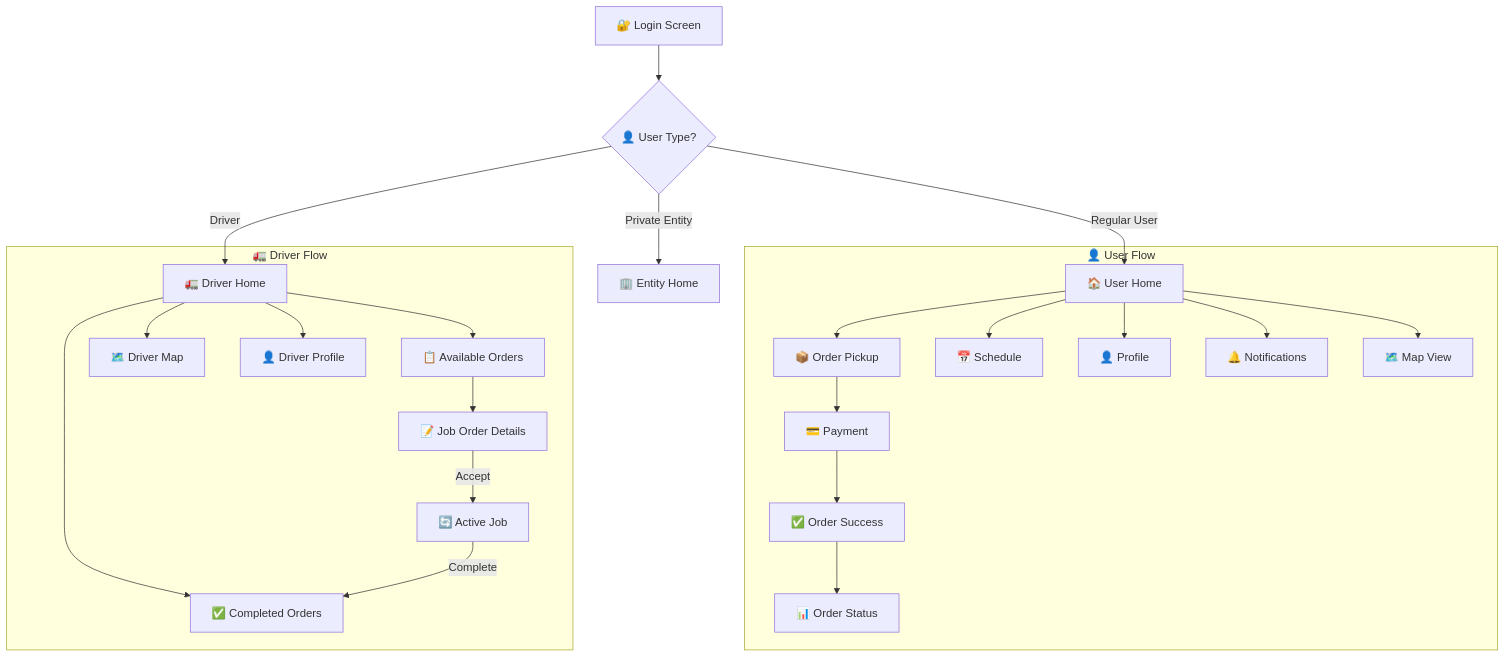
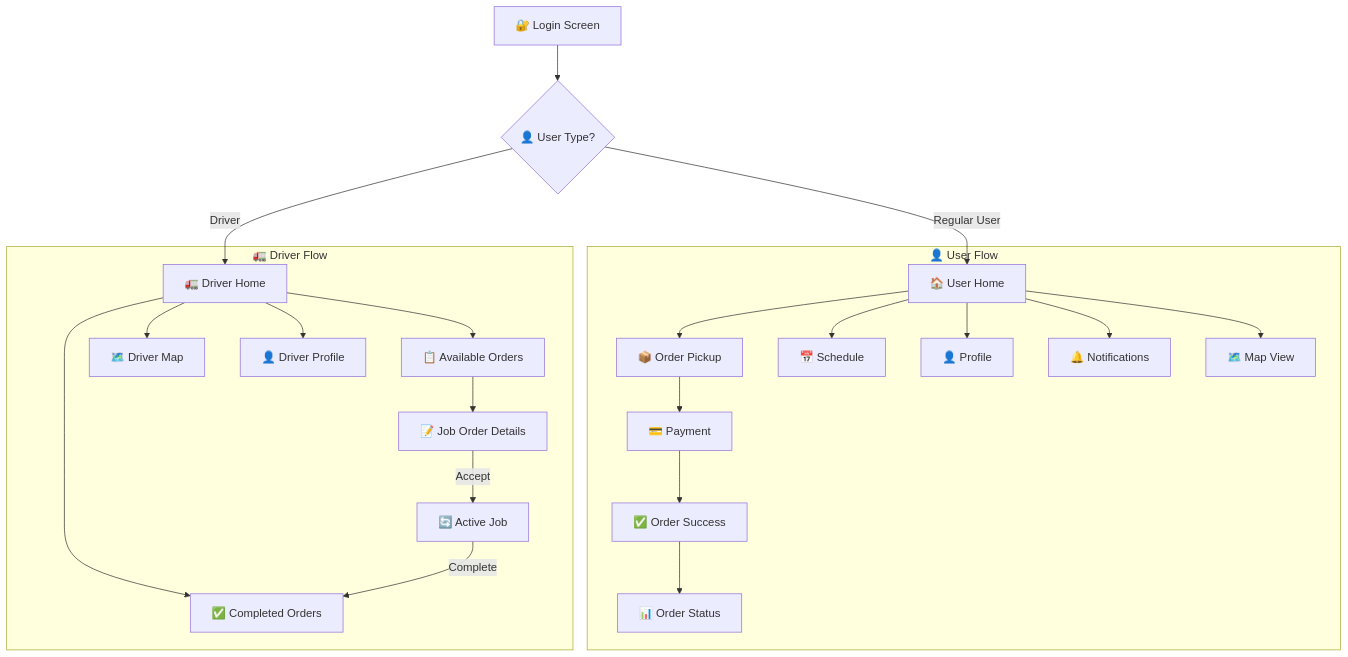
One commit to MarckRamon/EcoTrack-Mobile changed the second of 2 diagrams in README.md. Above: the diagram before and after it, drawn with Mermaid. The commit also changed other lines of this file, not shown here.

````diff
--- a/README.md
+++ b/README.md
@@ -301,34 +301,33 @@
 ```mermaid
 flowchart TD
     Login["🔐 Login Screen"]
     UserType{"👤 User Type?"}
     
     Login --> UserType
     
     UserType -->|"Regular User"| UserHome["🏠 User Home"]
     UserType -->|"Driver"| DriverHome["🚛 Driver Home"]
-    UserType -->|"Private Entity"| EntityHome["🏢 Entity Home"]
     
     subgraph UserFlow["👤 User Flow"]
         UserHome --> OrderPickup["📦 Order Pickup"]
         UserHome --> Schedule["📅 Schedule"]
         UserHome --> Profile["👤 Profile"]
         UserHome --> Notifications["🔔 Notifications"]
         UserHome --> MapPicker["🗺️ Map View"]
 
         OrderPickup --> Payment["💳 Payment"]
         Payment --> OrderSuccess["✅ Order Success"]
         OrderSuccess --> OrderStatus["📊 Order Status"]
     end
     
     subgraph DriverFlow["🚛 Driver Flow"]
         DriverHome --> AvailableOrders["📋 Available Orders"]
         DriverHome --> DriverMap["🗺️ Driver Map"]
         DriverHome --> CompletedOrders["✅ Completed Orders"]
         DriverHome --> DriverProfile["👤 Driver Profile"]
         
         AvailableOrders --> JobOrder["📝 Job Order Details"]
         JobOrder --> |"Accept"| ActiveJob["🔄 Active Job"]
         ActiveJob --> |"Complete"| CompletedOrders
     end
 ```
````
